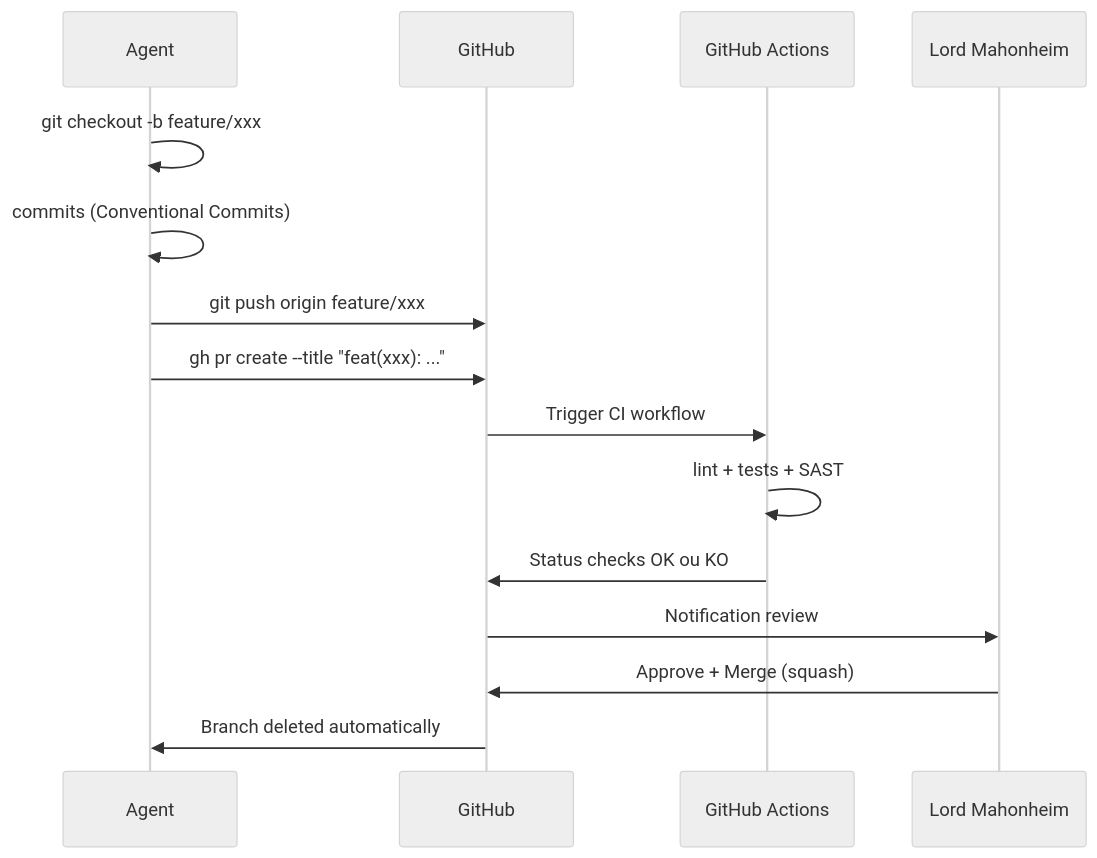
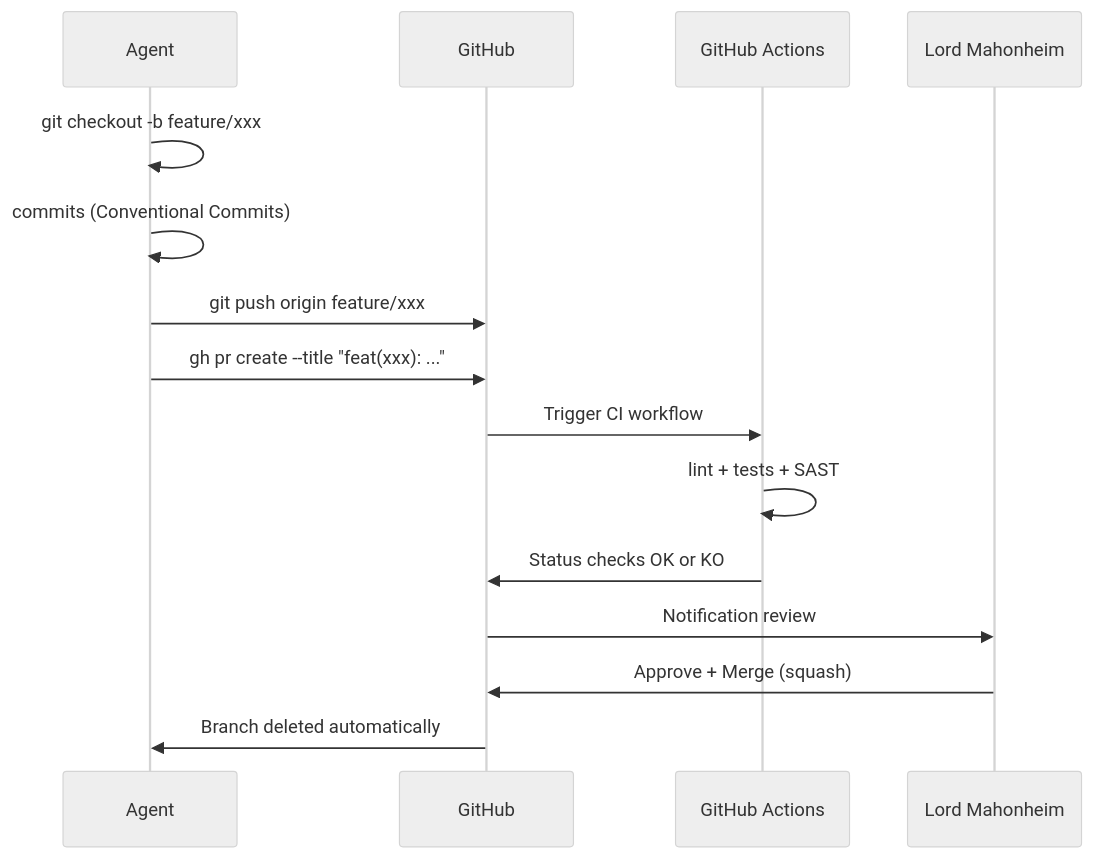
The second of 7 diagrams in 09-Github-Governance/SKILL.md (lordmahonheim-bot/Tesla-Antigravity-CLI), drawn with Mermaid (neutral theme) before and after one commit. The commit also changed other lines of this file and 14 other files, not shown here.

````diff
--- a/09-Github-Governance/SKILL.md
+++ b/09-Github-Governance/SKILL.md
@@ -281,18 +283,18 @@
 ```mermaid
 sequenceDiagram
     participant Dev as Agent
     participant GH as GitHub
     participant CI as GitHub Actions
     participant LM as Lord Mahonheim
 
     Dev->>Dev: git checkout -b feature/xxx
     Dev->>Dev: commits (Conventional Commits)
     Dev->>GH: git push origin feature/xxx
     Dev->>GH: gh pr create --title "feat(xxx): ..."
     GH->>CI: Trigger CI workflow
     CI->>CI: lint + tests + SAST
-    CI->>GH: Status checks OK ou KO
+    CI->>GH: Status checks OK or KO
     GH->>LM: Notification review
     LM->>GH: Approve + Merge (squash)
     GH->>Dev: Branch deleted automatically
 ```
````
